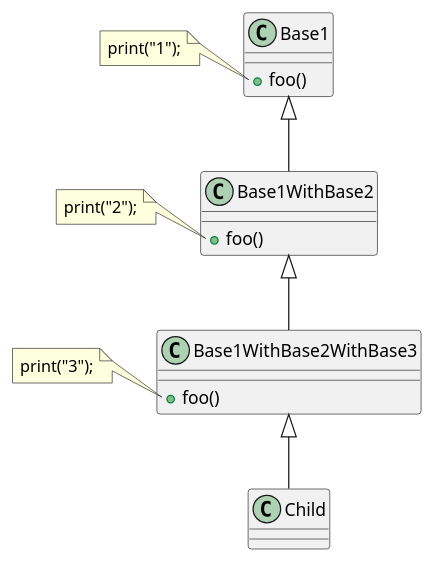
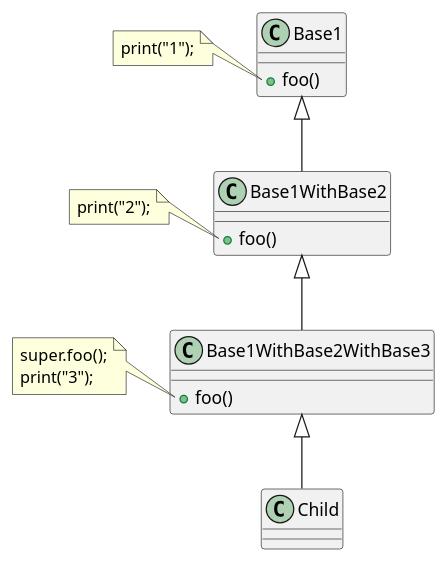
Before and after one commit to bluesky466/bluesky466.github.io: the second of 3 diagrams in source/_posts/深入理解Dart-Mixin.md, drawn with PlantUML. The commit also changed other lines of this file, not shown here.

Commit message:
[edit] 编辑文章《深入理解Dart Mixin》

```diff
--- a/source/_posts/深入理解Dart-Mixin.md
+++ b/source/_posts/深入理解Dart-Mixin.md
@@ -232,27 +232,28 @@
 {% plantuml %}
 class Base1 {
   + foo()
 }
 
 class Base1WithBase2 extends Base1 {
   + foo()
 }
 
 class Base1WithBase2WithBase3 extends Base1WithBase2 {
   + foo()
 }
 
 class Child extends Base1WithBase2WithBase3
 
 note left of Base1::foo
   print("1");
 end note
 
 note left of Base1WithBase2::foo
   print("2");
 end note
 
 note left of Base1WithBase2WithBase3::foo
+  super.foo();
   print("3");
 end note
 {% endplantuml %}
```
